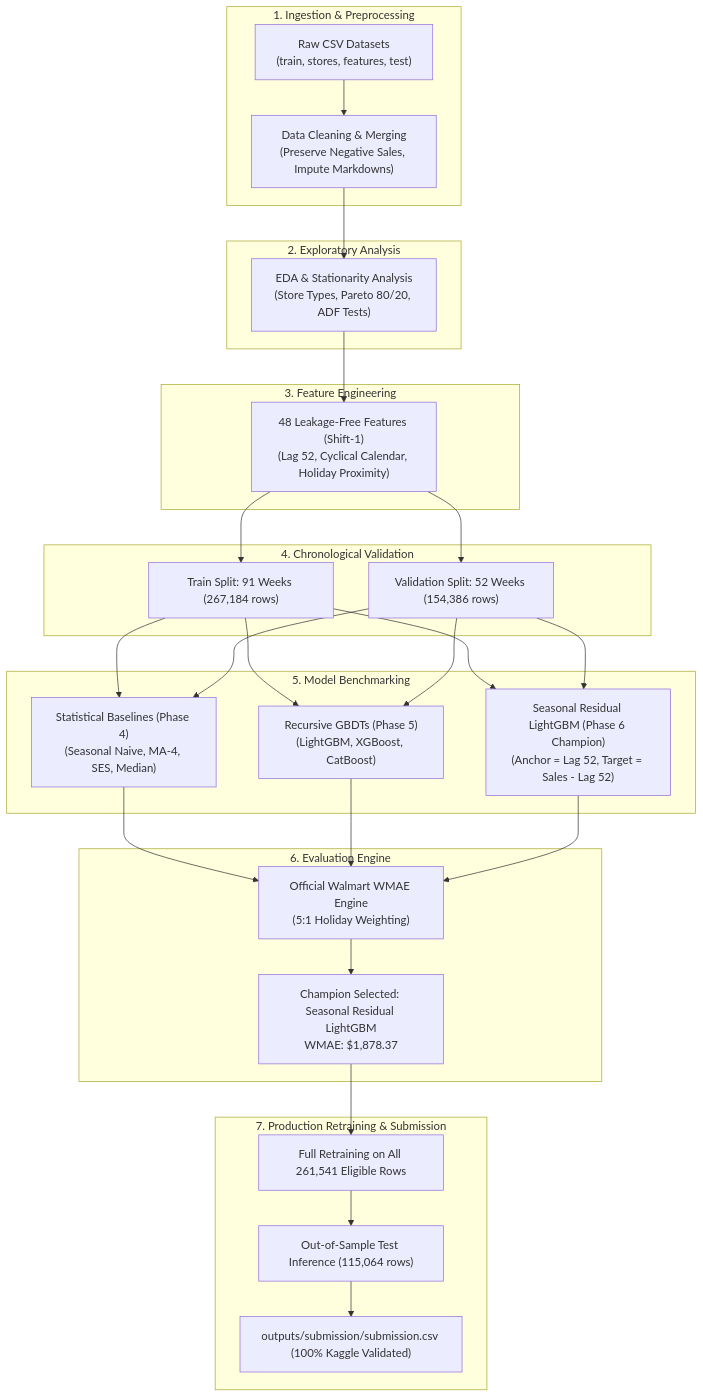
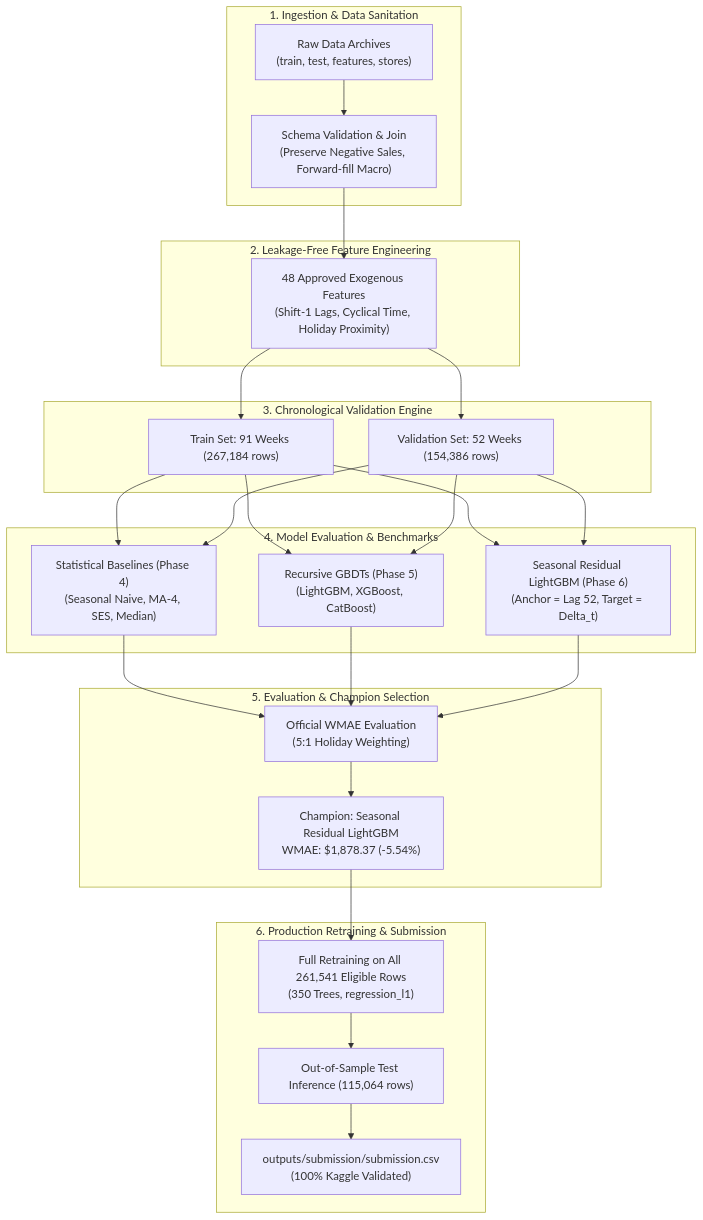
One commit to Aditya-err/Walmart-Store-Demand-Forecasting changed the diagram in README.md. Above: the diagram before and after it, drawn with Mermaid. The commit also changed other lines of this file, not shown here.

````diff
--- a/README.md
+++ b/README.md
@@ -75,36 +150,32 @@
 ```mermaid
 flowchart TD
-    subgraph INGESTION ["1. Ingestion & Preprocessing"]
-        A["Raw CSV Datasets<br/>(train, stores, features, test)"] --> B["Data Cleaning & Merging<br/>(Preserve Negative Sales, Impute Markdowns)"]
+    subgraph INGESTION ["1. Ingestion & Data Sanitation"]
+        A["Raw Data Archives<br/>(train, test, features, stores)"] --> B["Schema Validation & Join<br/>(Preserve Negative Sales, Forward-fill Macro)"]
     end
 
-    subgraph EDA ["2. Exploratory Analysis"]
-        B --> C["EDA & Stationarity Analysis<br/>(Store Types, Pareto 80/20, ADF Tests)"]
+    subgraph FEATURES ["2. Leakage-Free Feature Engineering"]
+        B --> C["48 Approved Exogenous Features<br/>(Shift-1 Lags, Cyclical Time, Holiday Proximity)"]
     end
 
-    subgraph FEATURES ["3. Feature Engineering"]
-        C --> D["48 Leakage-Free Features (Shift-1)<br/>(Lag 52, Cyclical Calendar, Holiday Proximity)"]
+    subgraph VALIDATION ["3. Chronological Validation Engine"]
+        C --> D1["Train Set: 91 Weeks (267,184 rows)"]
+        C --> D2["Validation Set: 52 Weeks (154,386 rows)"]
     end
 
-    subgraph SPLIT ["4. Chronological Validation"]
-        D --> E1["Train Split: 91 Weeks (267,184 rows)"]
-        D --> E2["Validation Split: 52 Weeks (154,386 rows)"]
+    subgraph BENCHMARKING ["4. Model Evaluation & Benchmarks"]
+        D1 & D2 --> E1["Statistical Baselines (Phase 4)<br/>(Seasonal Naive, MA-4, SES, Median)"]
+        D1 & D2 --> E2["Recursive GBDTs (Phase 5)<br/>(LightGBM, XGBoost, CatBoost)"]
+        D1 & D2 --> E3["Seasonal Residual LightGBM (Phase 6)<br/>(Anchor = Lag 52, Target = Delta_t)"]
     end
 
-    subgraph BENCHMARK ["5. Model Benchmarking"]
-        E1 & E2 --> F1["Statistical Baselines (Phase 4)<br/>(Seasonal Naive, MA-4, SES, Median)"]
-        E1 & E2 --> F2["Recursive GBDTs (Phase 5)<br/>(LightGBM, XGBoost, CatBoost)"]
-        E1 & E2 --> F3["Seasonal Residual LightGBM (Phase 6 Champion)<br/>(Anchor = Lag 52, Target = Sales - Lag 52)"]
+    subgraph EVALUATION ["5. Evaluation & Champion Selection"]
+        E1 & E2 & E3 --> F["Official WMAE Evaluation<br/>(5:1 Holiday Weighting)"]
+        F --> G["Champion: Seasonal Residual LightGBM<br/>WMAE: $1,878.37 (-5.54%)"]
     end
 
-    subgraph EVALUATION ["6. Evaluation Engine"]
-        F1 & F2 & F3 --> G["Official Walmart WMAE Engine<br/>(5:1 Holiday Weighting)"]
-        G --> H["Champion Selected: Seasonal Residual LightGBM<br/>WMAE: $1,878.37"]
-    end
-
-    subgraph PRODUCTION ["7. Production Retraining & Submission"]
-        H --> I["Full Retraining on All 261,541 Eligible Rows"]
-        I --> J["Out-of-Sample Test Inference (115,064 rows)"]
-        J --> K["outputs/submission/submission.csv (100% Kaggle Validated)"]
+    subgraph PRODUCTION ["6. Production Retraining & Submission"]
+        G --> H["Full Retraining on All 261,541 Eligible Rows<br/>(350 Trees, regression_l1)"]
+        H --> I["Out-of-Sample Test Inference (115,064 rows)"]
+        I --> J["outputs/submission/submission.csv<br/>(100% Kaggle Validated)"]
     end
 ```
````
